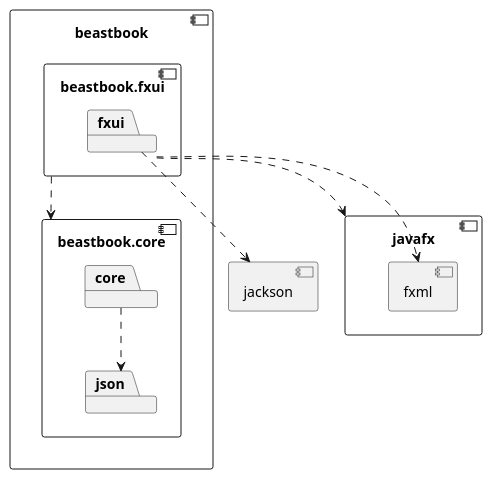
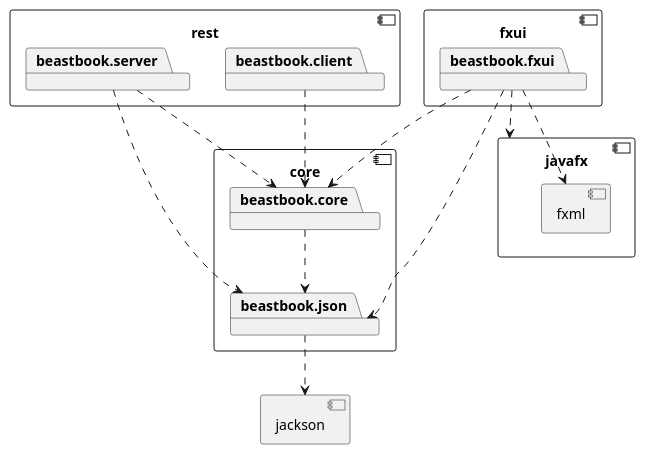
The diagram in docs/diagrams/architecture.puml (Madt2/IT1901-Prosjekt-host-2021), drawn with PlantUML before and after one commit. The commit also changed 3 other files, not shown here.

Commit message:
Updated plant uml files

```diff
--- a/docs/diagrams/architecture.puml
+++ b/docs/diagrams/architecture.puml
@@ -1,31 +1,36 @@
 @startuml architecture
 
-component beastbook {
-   component beastbook.core {
-       package core
-       package json
-   }
-
-   component beastbook.fxui {
-       package fxui
-   }
-
+component core {
+  package beastbook.core
+  package beastbook.json
 }
 
+component fxui {
+  package beastbook.fxui
+}
+
+component rest {
+  package beastbook.server
+  package beastbook.client
+}
 
 component jackson
+
 component javafx {
-    component fxml
+  component fxml
 }
 
-fxui ..> jackson
-fxui ..> javafx
-fxui ..> fxml
+beastbook.fxui ..> javafx
+beastbook.fxui ..> fxml
+beastbook.fxui ..> beastbook.core
+beastbook.fxui ..> beastbook.json
 
-beastbook.fxui ..> beastbook.core
+beastbook.core ..> beastbook.json
+beastbook.json ..> jackson
 
-core ..> json
+beastbook.server ..> beastbook.core
+beastbook.server ..> beastbook.json
 
-
+beastbook.client ..> beastbook.core
 
 @enduml
```
